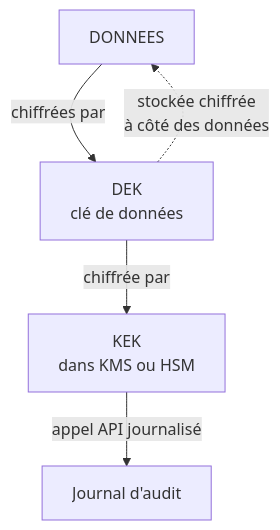
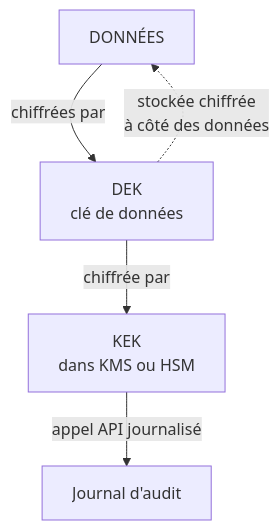
The first of 3 diagrams in courses/reseaux-cybersecurite/18_cryptographie.md (Gooseppr/GevOps_LC), drawn with Mermaid before and after one commit. The commit also changed other lines of this file and 56 other files, not shown here.

````diff
--- a/courses/reseaux-cybersecurite/18_cryptographie.md
+++ b/courses/reseaux-cybersecurite/18_cryptographie.md
@@ -196,7 +196,7 @@
 ```mermaid
 flowchart TD
-    A[DONNEES] -->|chiffrées par| B[DEK<br/>clé de données]
+    A[DONNÉES] -->|chiffrées par| B[DEK<br/>clé de données]
     B -->|chiffrée par| C[KEK<br/>dans KMS ou HSM]
     B -.->|stockée chiffrée<br/>à côté des données| A
     C -->|appel API journalisé| D[Journal d'audit]
 ```
````
